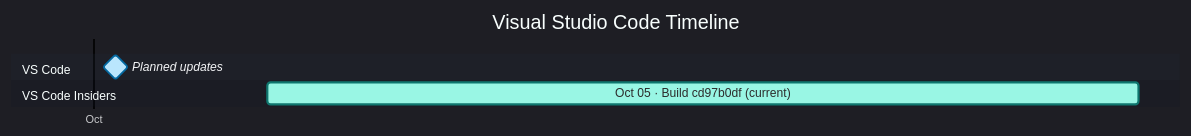
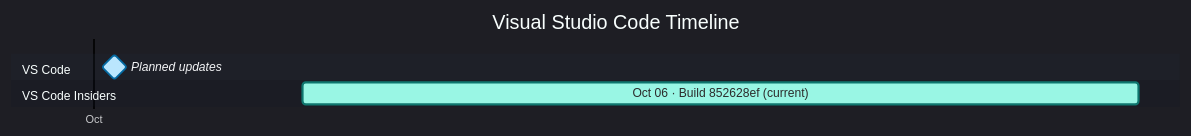
The diagram in docs/vscode.md (Oxelya-DevTools/VisualStudioUpdate), drawn with Mermaid before and after one commit. The commit also changed other lines of this file and 1 other file, not shown here.

````diff
--- a/docs/vscode.md
+++ b/docs/vscode.md
@@ -9,12 +9,12 @@
 ```mermaid
 %%{init: {'theme':'dark','themeVariables': { 'fontFamily': 'Segoe UI', 'fontSize': '24px', 'textColor': '#F3F4F6', 'titleTextColor': '#FFFFFF', 'taskTextColor': '#111827', 'taskTextLightColor': '#111827', 'taskTextOutsideColor': '#F3F4F6', 'taskBkgColor': '#BAE6FD', 'taskBorderColor': '#0369A1', 'doneTaskBkgColor': '#E9D5FF', 'doneTaskBorderColor': '#7E22CE', 'activeTaskBkgColor': '#99F6E4', 'activeTaskBorderColor': '#0F766E', 'critTaskBkgColor': '#FED7AA', 'critTaskBorderColor': '#C2410C', 'sectionBkgColor': '#1F2937', 'altSectionBkgColor': '#111827', 'gridColor': '#4B5563', 'todayLineColor': '#F87171' }}}%%
 gantt
     title Visual Studio Code Timeline
     dateFormat  YYYY-MM-DD
     axisFormat  %b
     tickInterval 1month
     section VS Code
     Planned updates : milestone, vscodeplanned, 2026-10-01, 1d
     section VS Code Insiders
-    Oct 05 · Build cd97b0df (current) : active, vscodeinsiders202610050, 2026-10-05, 20d
+    Oct 06 · Build 852628ef (current) : active, vscodeinsiders202610060, 2026-10-06, 20d
 ```
````
